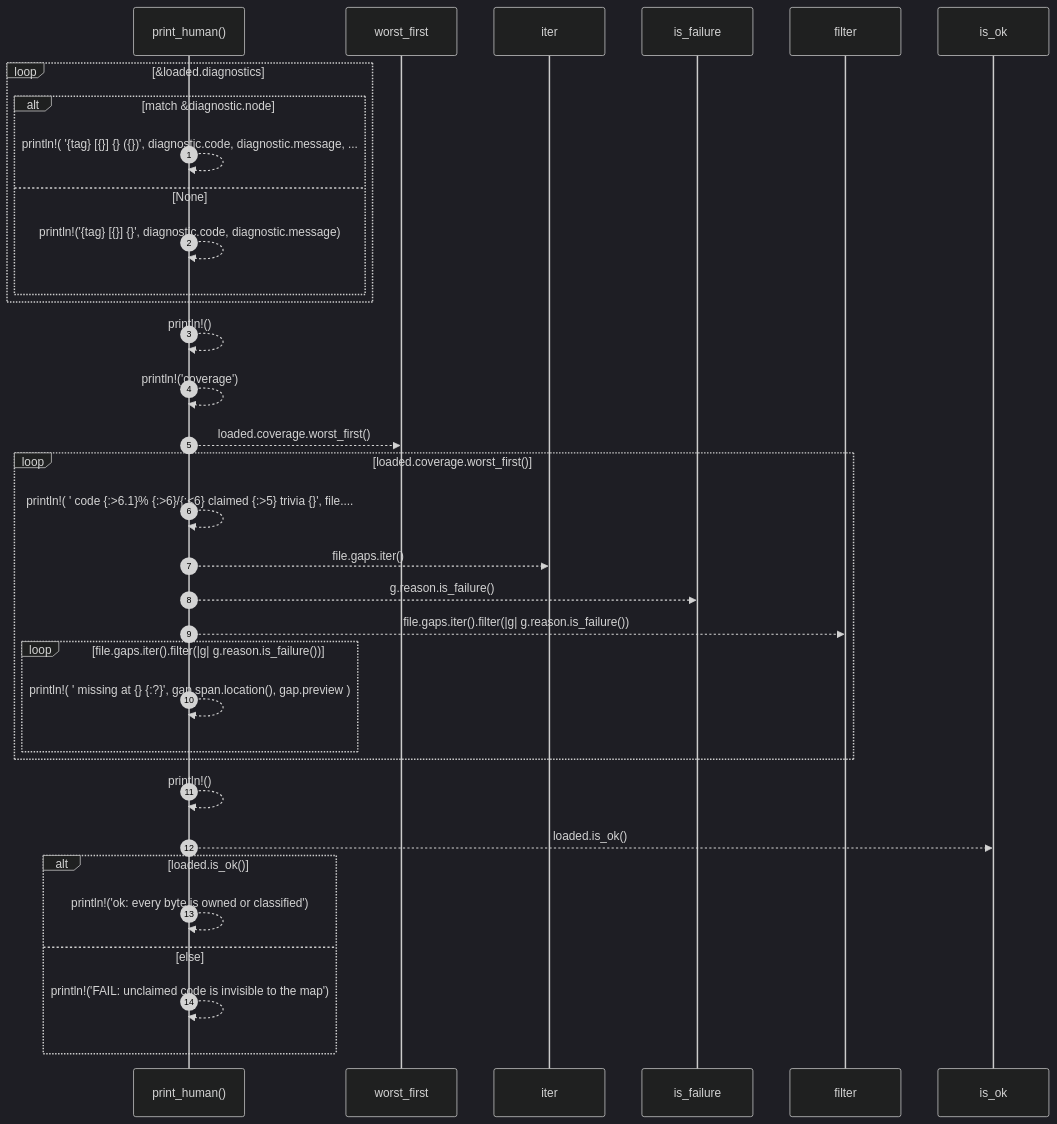
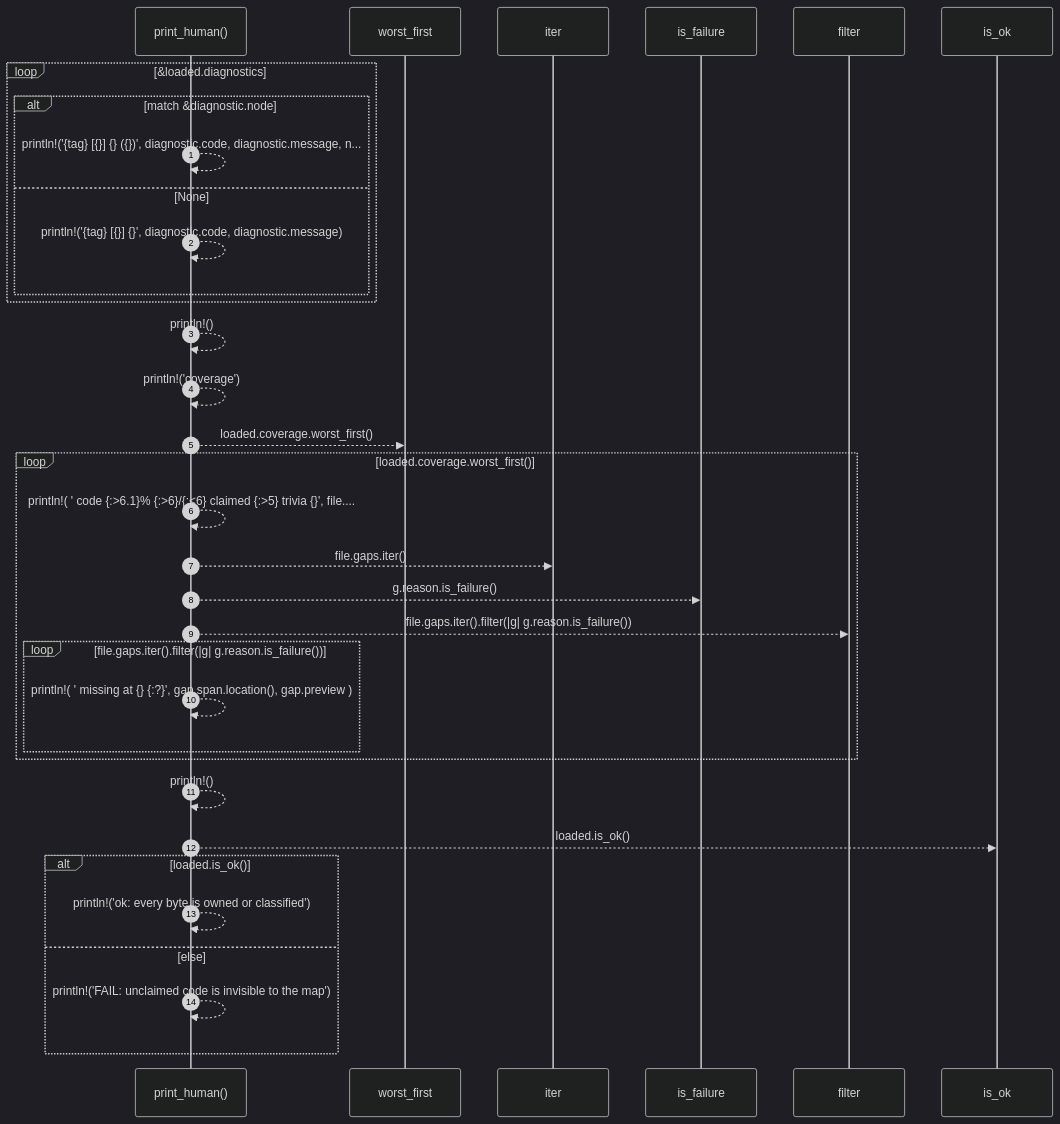
Before and after one commit to RyanGuild/self-describing-code: the diagram in docs/self-model/robby_cli/print-human.md, drawn with Mermaid (dark theme). The commit also changed other lines of this file and 413 other files, not shown here.

````diff
--- a/docs/self-model/robby_cli/print-human.md
+++ b/docs/self-model/robby_cli/print-human.md
@@ -58,36 +55,36 @@
 ```mermaid
 sequenceDiagram
     autonumber
     participant print_human as print_human()
     participant worst_first as worst_first
     participant iter as iter
     participant is_failure as is_failure
     participant filter as filter
     participant is_ok as is_ok
     loop &loaded.diagnostics
     alt match &diagnostic.node
-    print_human-->>print_human: println!( '{tag} [{}] {} ({})', diagnostic.code, diagnostic.message, ...
+    print_human-->>print_human: println!('{tag} [{}] {} ({})', diagnostic.code, diagnostic.message, n...
     else None
     print_human-->>print_human: println!('{tag} [{}] {}', diagnostic.code, diagnostic.message)
     end
     end
     print_human-->>print_human: println!()
     print_human-->>print_human: println!('coverage')
     print_human-->>worst_first: loaded.coverage.worst_first()
     loop loaded.coverage.worst_first()
     print_human-->>print_human: println!( ' code {:>6.1}% {:>6}/{:<6} claimed {:>5} trivia {}', file....
     print_human-->>iter: file.gaps.iter()
     print_human-->>is_failure: g.reason.is_failure()
     print_human-->>filter: file.gaps.iter().filter(|g| g.reason.is_failure())
     loop file.gaps.iter().filter(|g| g.reason.is_failure())
     print_human-->>print_human: println!( ' missing at {} {:?}', gap.span.location(), gap.preview )
     end
     end
     print_human-->>print_human: println!()
     print_human-->>is_ok: loaded.is_ok()
     alt loaded.is_ok()
     print_human-->>print_human: println!('ok: every byte is owned or classified')
     else else
     print_human-->>print_human: println!('FAIL: unclaimed code is invisible to the map')
     end
 ```
````
